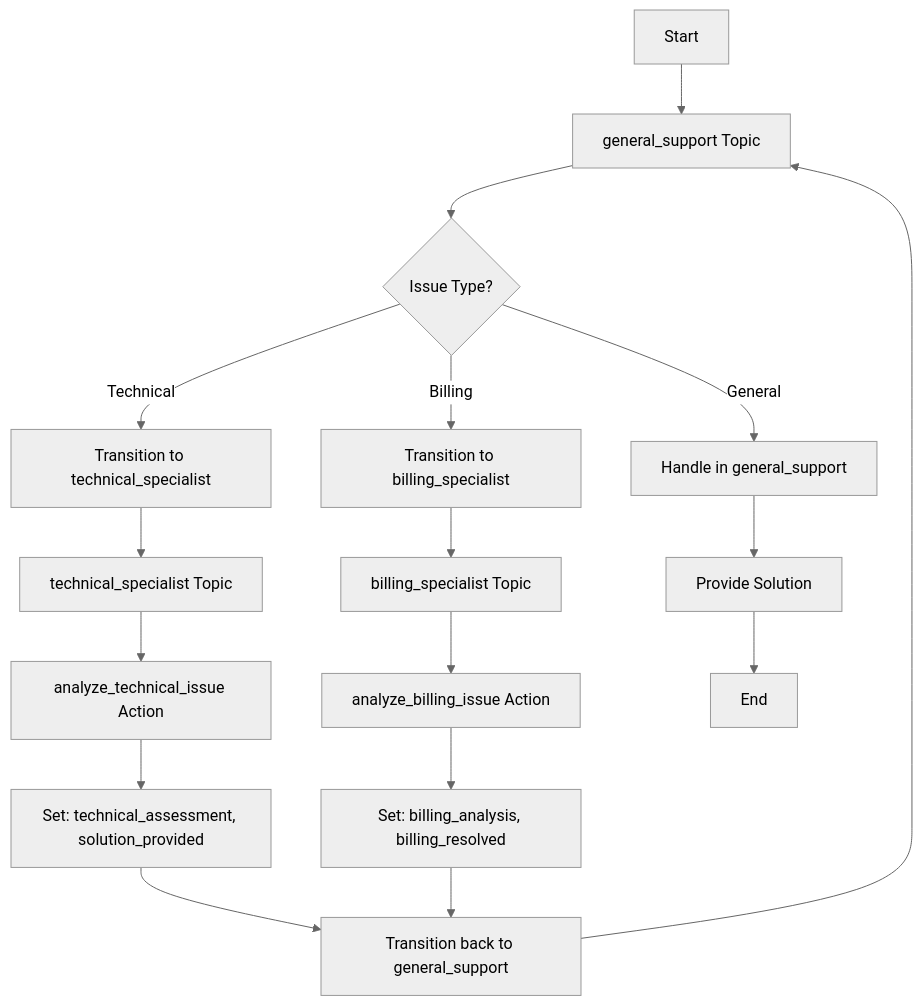
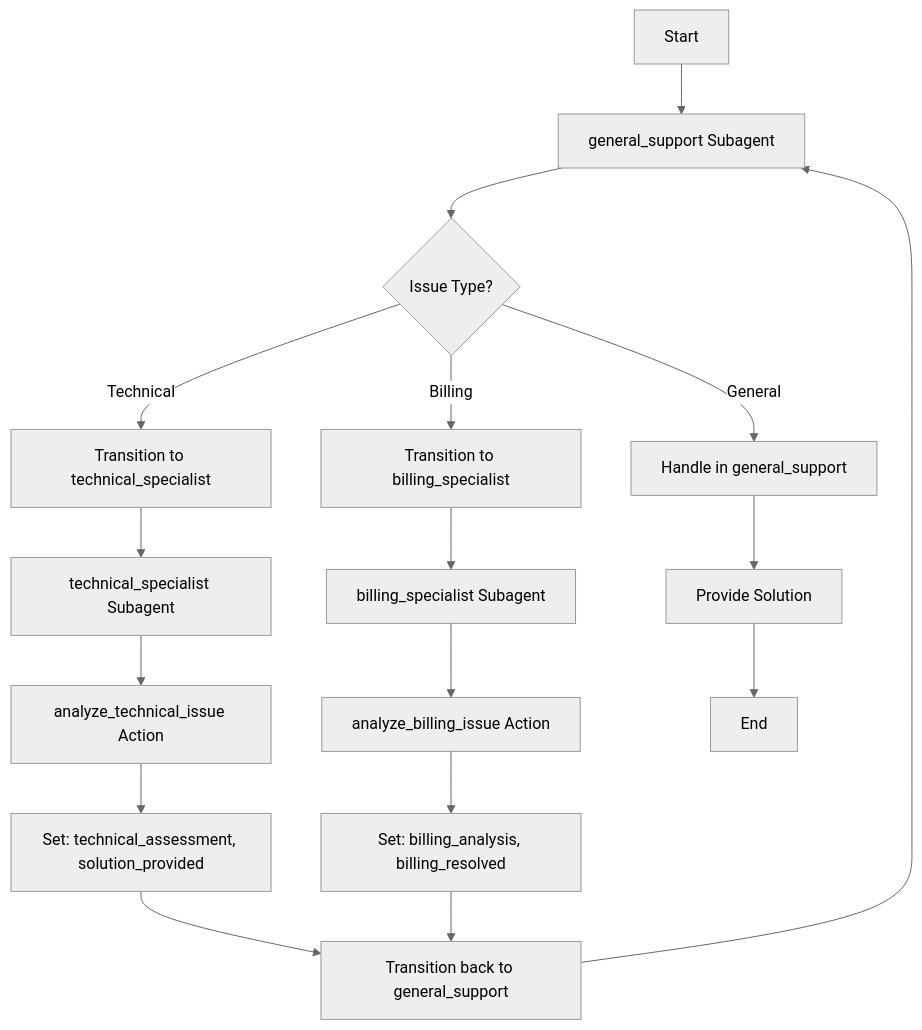
Before and after one commit to trailheadapps/agent-script-recipes: the diagram in force-app/main/04_architecturalPatterns/bidirectionalNavigation/README.md, drawn with Mermaid. The commit also changed other lines of this file and 108 other files, not shown here.

````diff
--- a/force-app/main/04_architecturalPatterns/bidirectionalNavigation/README.md
+++ b/force-app/main/04_architecturalPatterns/bidirectionalNavigation/README.md
@@ -9,20 +9,20 @@
 ```mermaid
 %%{init: {'theme':'neutral'}}%%
 graph TD
-    A[Start] --> B[general_support Topic]
+    A[Start] --> B[general_support Subagent]
     B --> C{Issue Type?}
     C -->|Technical| D[Transition to technical_specialist]
     C -->|Billing| E[Transition to billing_specialist]
     C -->|General| F[Handle in general_support]
-    D --> G[technical_specialist Topic]
+    D --> G[technical_specialist Subagent]
     G --> H[analyze_technical_issue Action]
     H --> I[Set: technical_assessment, solution_provided]
     I --> J[Transition back to general_support]
-    E --> K[billing_specialist Topic]
+    E --> K[billing_specialist Subagent]
     K --> L[analyze_billing_issue Action]
     L --> M[Set: billing_analysis, billing_resolved]
     M --> J
     J --> B
     F --> N[Provide Solution]
     N --> O[End]
 ```
````
